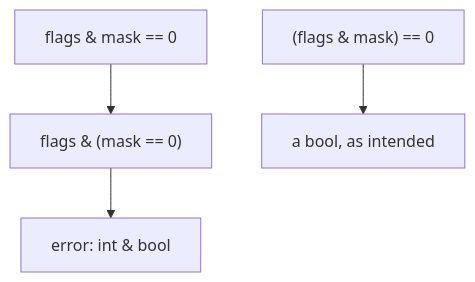
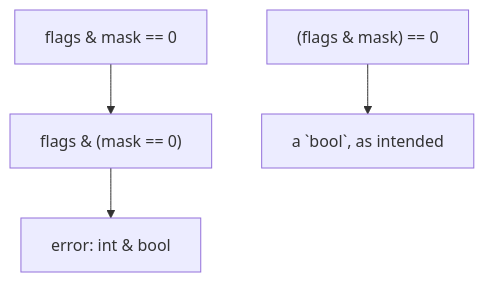
The diagram in content/docs/2.lang/05.expressions/1.overview.md (rux-lang/Web), drawn with Mermaid before and after one commit. The commit also changed 187 other files, not shown here.

First line of the commit message:
Draw the Learn diagrams for phones, with code in the mono face

````diff
--- a/content/docs/2.lang/05.expressions/1.overview.md
+++ b/content/docs/2.lang/05.expressions/1.overview.md
@@ -93,6 +93,6 @@
 ```mermaid
 flowchart TD
-    e["flags & mask == 0"] --> g["flags & (mask == 0)"]
-    g --> x["error: int & bool"]
-    f["(flags & mask) == 0"] --> ok["a bool, as intended"]
+    e["`flags & mask == 0`"] --> g["`flags & (mask == 0)`"]
+    g --> x["`error: int & bool`"]
+    f["`(flags & mask) == 0`"] --> ok["a `bool`, as intended"]
 ```
````
